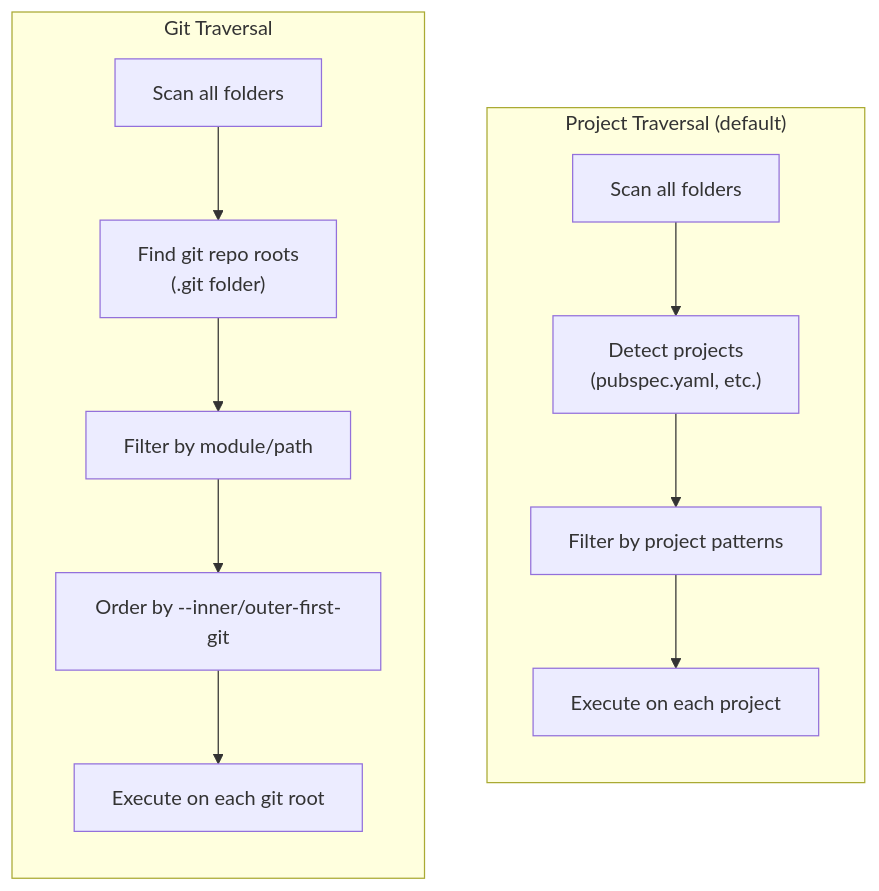
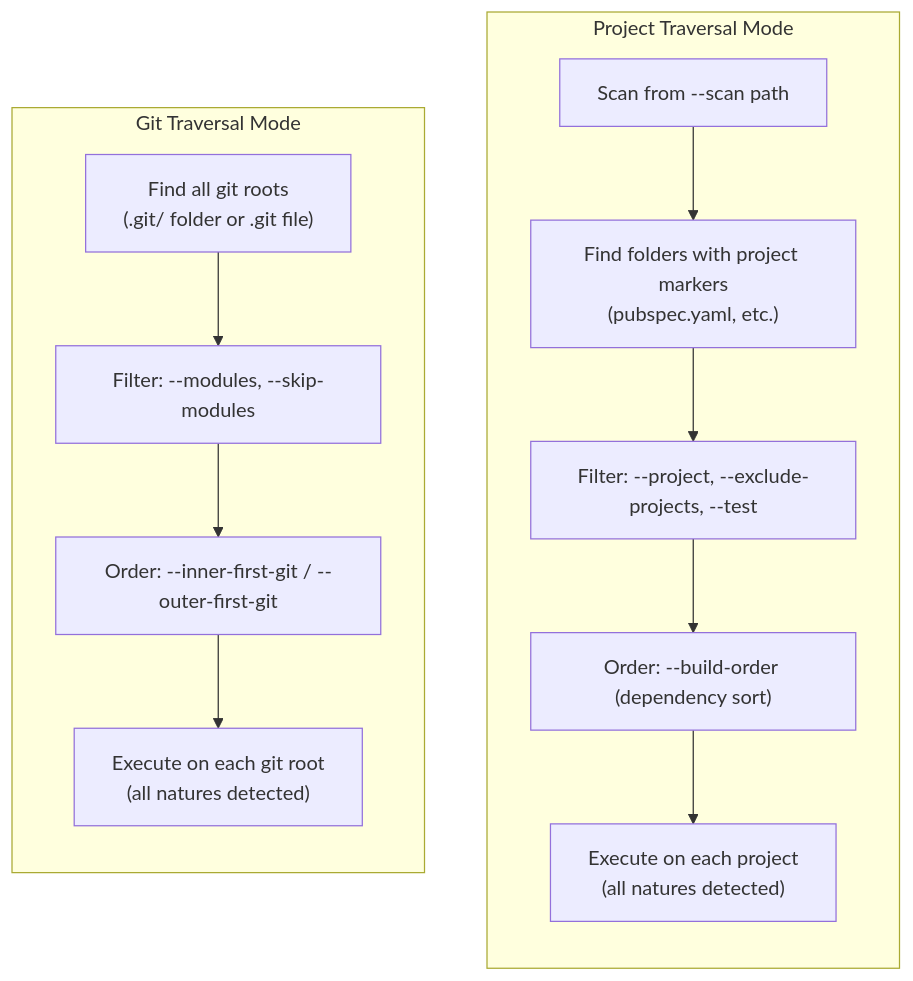
Before and after one commit to al-the-bear/tom_module_basics: diagram 11 of 16 in tom_build_base/doc/cli_v2_design.md, drawn with Mermaid. The commit also changed other lines of this file and 1 other file, not shown here.

````diff
--- a/tom_build_base/doc/cli_v2_design.md
+++ b/tom_build_base/doc/cli_v2_design.md
@@ -1035,21 +955,21 @@
 ```mermaid
 flowchart TB
-    subgraph "Project Traversal (default)"
+    subgraph "Project Traversal Mode"
         direction TB
-        P1["Scan all folders"]
-        P2["Detect projects<br/>(pubspec.yaml, etc.)"]
-        P3["Filter by project patterns"]
-        P4["Execute on each project"]
-        P1 --> P2 --> P3 --> P4
+        P1["Scan from --scan path"]
+        P2["Find folders with project markers<br/>(pubspec.yaml, etc.)"]
+        P3["Filter: --project, --exclude-projects, --test"]
+        P4["Order: --build-order (dependency sort)"]
+        P5["Execute on each project<br/>(all natures detected)"]
+        P1 --> P2 --> P3 --> P4 --> P5
     end
     
-    subgraph "Git Traversal"
+    subgraph "Git Traversal Mode"
         direction TB
-        G1["Scan all folders"]
-        G2["Find git repo roots<br/>(.git folder)"]
-        G3["Filter by module/path"]
-        G4["Order by --inner/outer-first-git"]
-        G5["Execute on each git root"]
-        G1 --> G2 --> G3 --> G4 --> G5
+        G1["Find all git roots<br/>(.git/ folder or .git file)"]
+        G2["Filter: --modules, --skip-modules"]
+        G3["Order: --inner-first-git / --outer-first-git"]
+        G4["Execute on each git root<br/>(all natures detected)"]
+        G1 --> G2 --> G3 --> G4
     end
 ```
````
